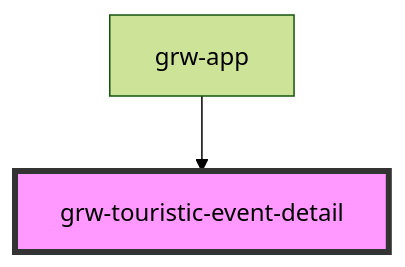
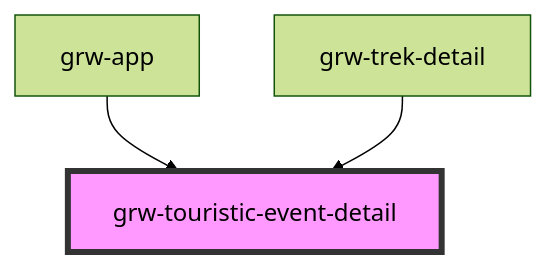
Before and after one commit to GeotrekCE/Geotrek-rando-widget: the diagram in src/components/grw-touristic-event-detail/readme.md, drawn with Mermaid (forest theme). The commit also changed other lines of this file and 23 other files, not shown here.

````diff
--- a/src/components/grw-touristic-event-detail/readme.md
+++ b/src/components/grw-touristic-event-detail/readme.md
@@ -82,5 +84,6 @@
 ```mermaid
 graph TD;
   grw-app --> grw-touristic-event-detail
+  grw-trek-detail --> grw-touristic-event-detail
   style grw-touristic-event-detail fill:#f9f,stroke:#333,stroke-width:4px
 ```
````
